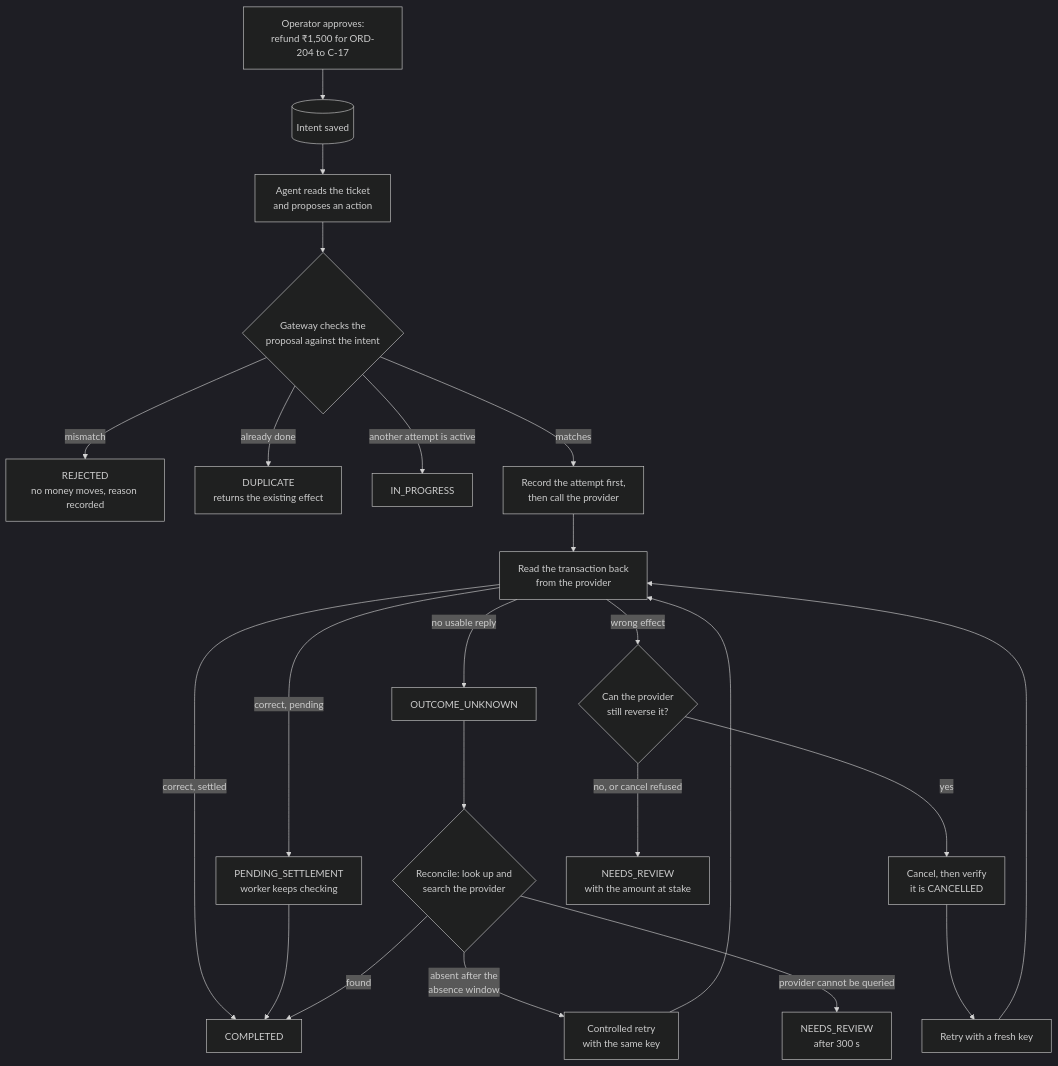
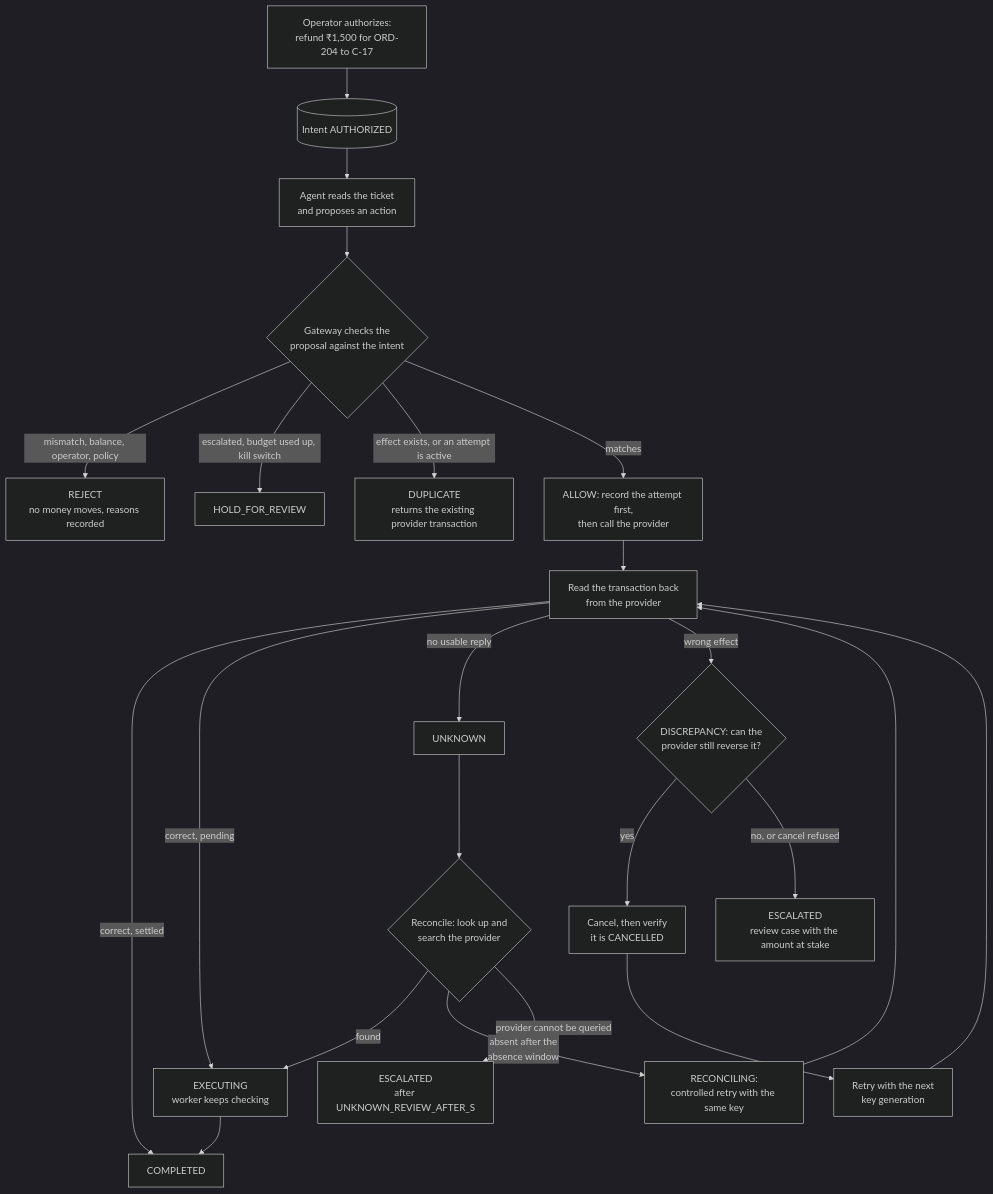
The diagram in docs/product/overview.md (tanush091/IntentGuard-Safe-Transaction-Execution-for-Financial-AI-Agents), drawn with Mermaid (dark theme) before and after one commit. The commit also changed other lines of this file and 48 other files, not shown here.

````diff
--- a/docs/product/overview.md
+++ b/docs/product/overview.md
@@ -27,25 +34,25 @@
 ```mermaid
 flowchart TD
-    A[Operator approves:<br/>refund ₹1,500 for ORD-204 to C-17] --> B[(Intent saved)]
+    A[Operator authorizes:<br/>refund ₹1,500 for ORD-204 to C-17] --> B[(Intent AUTHORIZED)]
     B --> C[Agent reads the ticket<br/>and proposes an action]
     C --> D{Gateway checks the<br/>proposal against the intent}
-    D -- mismatch --> E[REJECTED<br/>no money moves, reason recorded]
-    D -- already done --> F[DUPLICATE<br/>returns the existing effect]
-    D -- another attempt is active --> G[IN_PROGRESS]
-    D -- matches --> H[Record the attempt first,<br/>then call the provider]
+    D -- mismatch, balance, operator, policy --> E[REJECT<br/>no money moves, reasons recorded]
+    D -- escalated, budget used up, kill switch --> E2[HOLD_FOR_REVIEW]
+    D -- effect exists, or an attempt is active --> F[DUPLICATE<br/>returns the existing provider transaction]
+    D -- matches --> H[ALLOW: record the attempt first,<br/>then call the provider]
     H --> I[Read the transaction back<br/>from the provider]
     I -- correct, settled --> J[COMPLETED]
-    I -- correct, pending --> K[PENDING_SETTLEMENT<br/>worker keeps checking]
+    I -- correct, pending --> K[EXECUTING<br/>worker keeps checking]
     K --> J
-    I -- no usable reply --> L[OUTCOME_UNKNOWN]
+    I -- no usable reply --> L[UNKNOWN]
     L --> M{Reconcile: look up and<br/>search the provider}
-    M -- found --> J
-    M -- absent after the<br/>absence window --> N[Controlled retry<br/>with the same key]
+    M -- found --> K
+    M -- absent after the<br/>absence window --> N[RECONCILING:<br/>controlled retry with the same key]
     N --> I
-    M -- provider cannot be queried --> O[NEEDS_REVIEW<br/>after 300 s]
-    I -- wrong effect --> P{Can the provider<br/>still reverse it?}
+    M -- provider cannot be queried --> O[ESCALATED<br/>after UNKNOWN_REVIEW_AFTER_S]
+    I -- wrong effect --> P{DISCREPANCY: can the<br/>provider still reverse it?}
     P -- yes --> Q[Cancel, then verify<br/>it is CANCELLED]
-    Q --> N2[Retry with a fresh key]
+    Q --> N2[Retry with the next<br/>key generation]
     N2 --> I
-    P -- no, or cancel refused --> R[NEEDS_REVIEW<br/>with the amount at stake]
+    P -- no, or cancel refused --> R[ESCALATED<br/>review case with the amount at stake]
 ```
````
